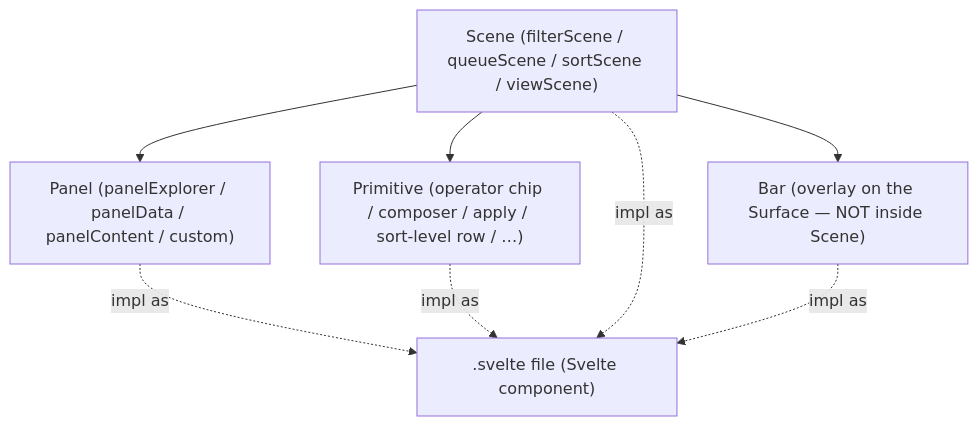
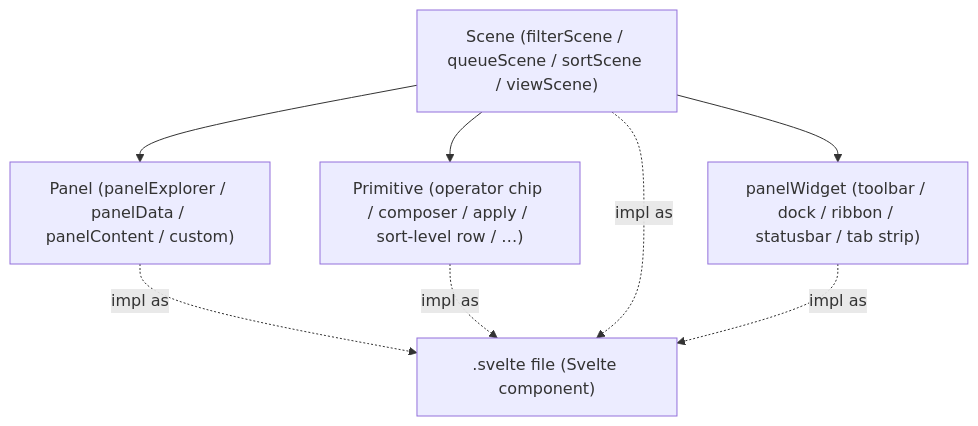
One commit to Meibbo/Vaultman changed the diagram in .agents/docs/architecture/dev-glossary.md. Above: the diagram before and after it, drawn with Mermaid. The commit also changed other lines of this file and 3 other files, not shown here.

Commit message:
docs(scene): define Navbar panelWidget ownership

````diff
--- a/.agents/docs/architecture/dev-glossary.md
+++ b/.agents/docs/architecture/dev-glossary.md
@@ -45,11 +45,11 @@
 ```mermaid
 flowchart TD
   S["Scene (filterScene / queueScene / sortScene / viewScene)"]
   S --> P1["Panel (panelExplorer / panelData / panelContent / custom)"]
   S --> Pr["Primitive (operator chip / composer / apply / sort-level row / …)"]
-  S --> B["Bar (overlay on the Surface — NOT inside Scene)"]
+  S --> B["panelWidget (toolbar / dock / ribbon / statusbar / tab strip)"]
   P1 -. impl as .-> CF[".svelte file (Svelte component)"]
   Pr -. impl as .-> CF
   S -. impl as .-> CF
   B -. impl as .-> CF
 ```
````
